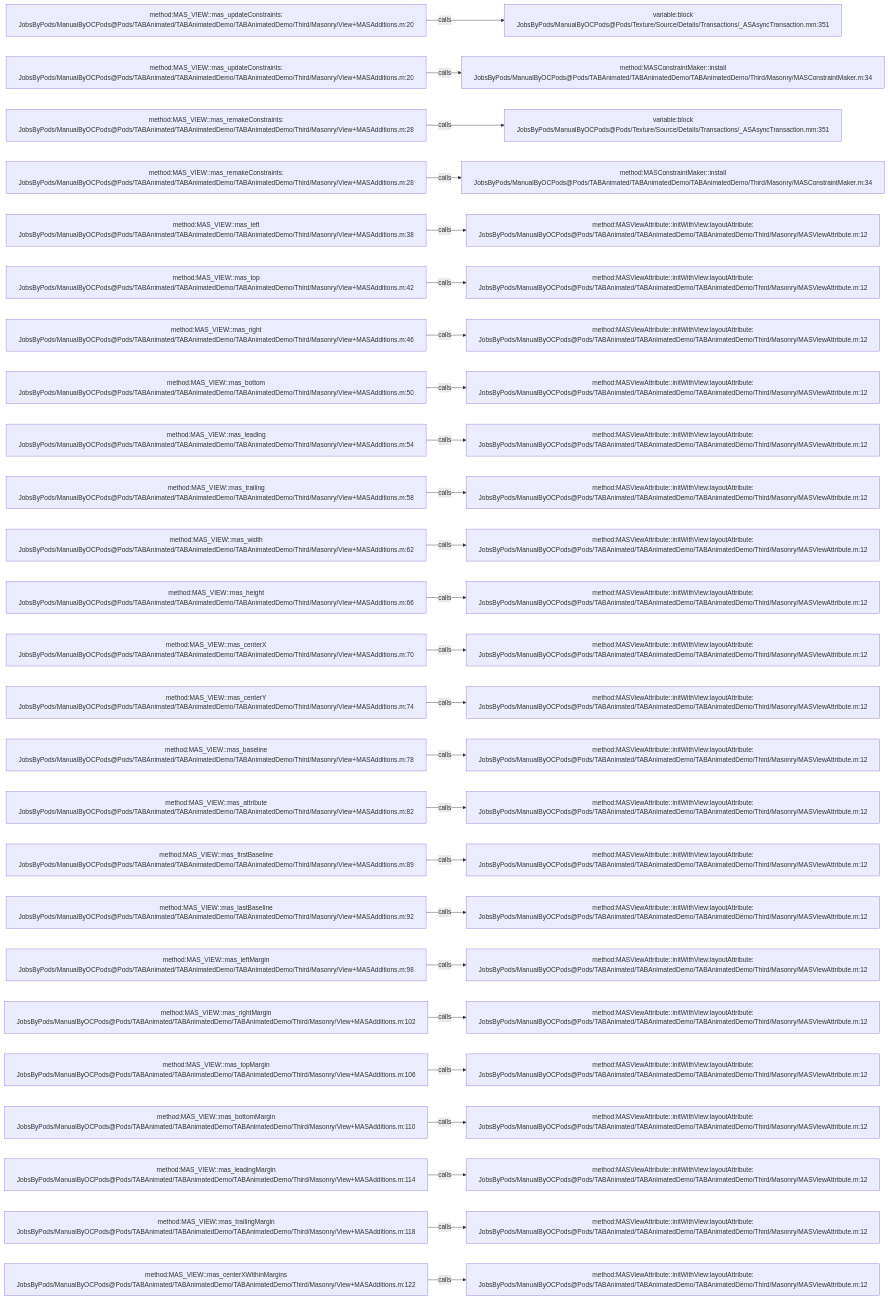
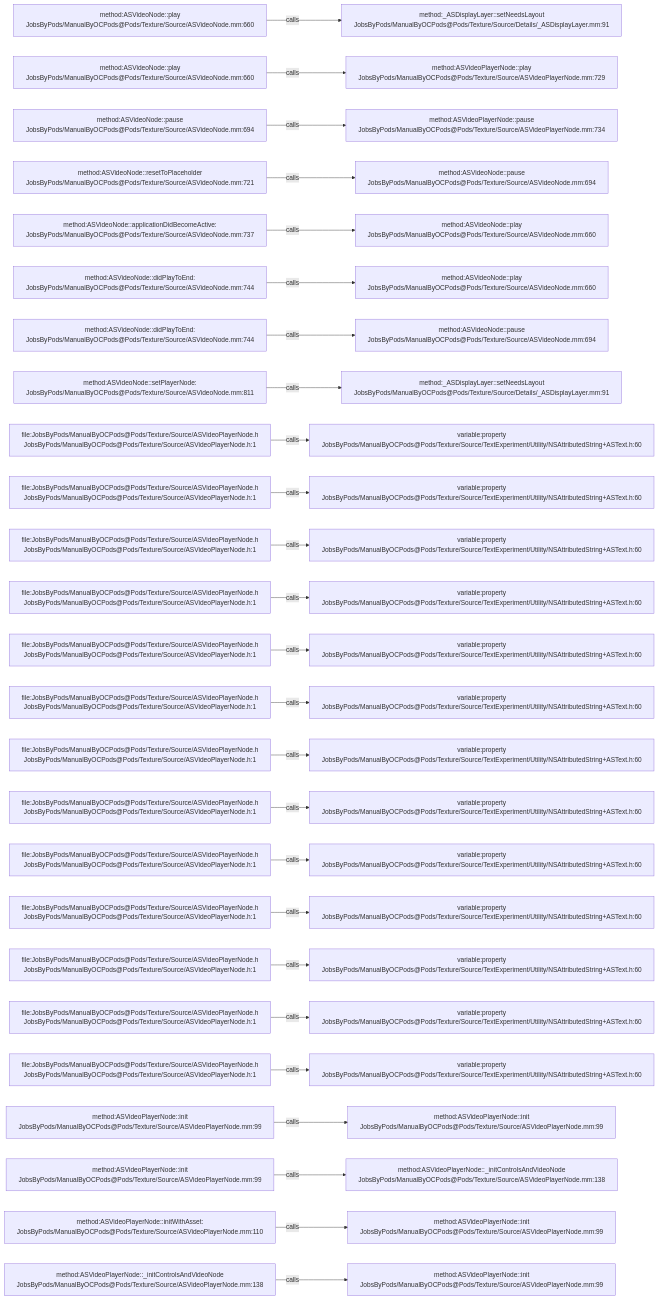
Before and after one commit to JobsKits/JobsOCBaseConfigDemo: the diagram in .codegraph/codegraph.md/graphs/calls-152.md, drawn with Mermaid. The commit also changed 2162 other files, not shown here.

````diff
--- a/.codegraph/codegraph.md/graphs/calls-152.md
+++ b/.codegraph/codegraph.md/graphs/calls-152.md
@@ -13,78 +13,78 @@
 ```mermaid
 flowchart LR
-  S1["method:MAS_VIEW::mas_updateConstraints:<br/>JobsByPods/ManualByOCPods@Pods/TABAnimated/TABAnimatedDemo/TABAnimatedDemo/Third/Masonry/View+MASAdditions.m:20"]
-  T1["variable:block<br/>JobsByPods/ManualByOCPods@Pods/Texture/Source/Details/Transactions/_ASAsyncTransaction.mm:351"]
+  S1["method:ASVideoNode::play<br/>JobsByPods/ManualByOCPods@Pods/Texture/Source/ASVideoNode.mm:660"]
+  T1["method:_ASDisplayLayer::setNeedsLayout<br/>JobsByPods/ManualByOCPods@Pods/Texture/Source/Details/_ASDisplayLayer.mm:91"]
   S1 -->|calls| T1
-  S2["method:MAS_VIEW::mas_updateConstraints:<br/>JobsByPods/ManualByOCPods@Pods/TABAnimated/TABAnimatedDemo/TABAnimatedDemo/Third/Masonry/View+MASAdditions.m:20"]
-  T2["method:MASConstraintMaker::install<br/>JobsByPods/ManualByOCPods@Pods/TABAnimated/TABAnimatedDemo/TABAnimatedDemo/Third/Masonry/MASConstraintMaker.m:34"]
+  S2["method:ASVideoNode::play<br/>JobsByPods/ManualByOCPods@Pods/Texture/Source/ASVideoNode.mm:660"]
+  T2["method:ASVideoPlayerNode::play<br/>JobsByPods/ManualByOCPods@Pods/Texture/Source/ASVideoPlayerNode.mm:729"]
   S2 -->|calls| T2
-  S3["method:MAS_VIEW::mas_remakeConstraints:<br/>JobsByPods/ManualByOCPods@Pods/TABAnimated/TABAnimatedDemo/TABAnimatedDemo/Third/Masonry/View+MASAdditions.m:28"]
-  T3["variable:block<br/>JobsByPods/ManualByOCPods@Pods/Texture/Source/Details/Transactions/_ASAsyncTransaction.mm:351"]
+  S3["method:ASVideoNode::pause<br/>JobsByPods/ManualByOCPods@Pods/Texture/Source/ASVideoNode.mm:694"]
+  T3["method:ASVideoPlayerNode::pause<br/>JobsByPods/ManualByOCPods@Pods/Texture/Source/ASVideoPlayerNode.mm:734"]
   S3 -->|calls| T3
-  S4["method:MAS_VIEW::mas_remakeConstraints:<br/>JobsByPods/ManualByOCPods@Pods/TABAnimated/TABAnimatedDemo/TABAnimatedDemo/Third/Masonry/View+MASAdditions.m:28"]
-  T4["method:MASConstraintMaker::install<br/>JobsByPods/ManualByOCPods@Pods/TABAnimated/TABAnimatedDemo/TABAnimatedDemo/Third/Masonry/MASConstraintMaker.m:34"]
+  S4["method:ASVideoNode::resetToPlaceholder<br/>JobsByPods/ManualByOCPods@Pods/Texture/Source/ASVideoNode.mm:721"]
+  T4["method:ASVideoNode::pause<br/>JobsByPods/ManualByOCPods@Pods/Texture/Source/ASVideoNode.mm:694"]
   S4 -->|calls| T4
-  S5["method:MAS_VIEW::mas_left<br/>JobsByPods/ManualByOCPods@Pods/TABAnimated/TABAnimatedDemo/TABAnimatedDemo/Third/Masonry/View+MASAdditions.m:38"]
-  T5["method:MASViewAttribute::initWithView:layoutAttribute:<br/>JobsByPods/ManualByOCPods@Pods/TABAnimated/TABAnimatedDemo/TABAnimatedDemo/Third/Masonry/MASViewAttribute.m:12"]
+  S5["method:ASVideoNode::applicationDidBecomeActive:<br/>JobsByPods/ManualByOCPods@Pods/Texture/Source/ASVideoNode.mm:737"]
+  T5["method:ASVideoNode::play<br/>JobsByPods/ManualByOCPods@Pods/Texture/Source/ASVideoNode.mm:660"]
   S5 -->|calls| T5
-  S6["method:MAS_VIEW::mas_top<br/>JobsByPods/ManualByOCPods@Pods/TABAnimated/TABAnimatedDemo/TABAnimatedDemo/Third/Masonry/View+MASAdditions.m:42"]
-  T6["method:MASViewAttribute::initWithView:layoutAttribute:<br/>JobsByPods/ManualByOCPods@Pods/TABAnimated/TABAnimatedDemo/TABAnimatedDemo/Third/Masonry/MASViewAttribute.m:12"]
+  S6["method:ASVideoNode::didPlayToEnd:<br/>JobsByPods/ManualByOCPods@Pods/Texture/Source/ASVideoNode.mm:744"]
+  T6["method:ASVideoNode::play<br/>JobsByPods/ManualByOCPods@Pods/Texture/Source/ASVideoNode.mm:660"]
   S6 -->|calls| T6
-  S7["method:MAS_VIEW::mas_right<br/>JobsByPods/ManualByOCPods@Pods/TABAnimated/TABAnimatedDemo/TABAnimatedDemo/Third/Masonry/View+MASAdditions.m:46"]
-  T7["method:MASViewAttribute::initWithView:layoutAttribute:<br/>JobsByPods/ManualByOCPods@Pods/TABAnimated/TABAnimatedDemo/TABAnimatedDemo/Third/Masonry/MASViewAttribute.m:12"]
+  S7["method:ASVideoNode::didPlayToEnd:<br/>JobsByPods/ManualByOCPods@Pods/Texture/Source/ASVideoNode.mm:744"]
+  T7["method:ASVideoNode::pause<br/>JobsByPods/ManualByOCPods@Pods/Texture/Source/ASVideoNode.mm:694"]
   S7 -->|calls| T7
-  S8["method:MAS_VIEW::mas_bottom<br/>JobsByPods/ManualByOCPods@Pods/TABAnimated/TABAnimatedDemo/TABAnimatedDemo/Third/Masonry/View+MASAdditions.m:50"]
-  T8["method:MASViewAttribute::initWithView:layoutAttribute:<br/>JobsByPods/ManualByOCPods@Pods/TABAnimated/TABAnimatedDemo/TABAnimatedDemo/Third/Masonry/MASViewAttribute.m:12"]
+  S8["method:ASVideoNode::setPlayerNode:<br/>JobsByPods/ManualByOCPods@Pods/Texture/Source/ASVideoNode.mm:811"]
+  T8["method:_ASDisplayLayer::setNeedsLayout<br/>JobsByPods/ManualByOCPods@Pods/Texture/Source/Details/_ASDisplayLayer.mm:91"]
   S8 -->|calls| T8
-  S9["method:MAS_VIEW::mas_leading<br/>JobsByPods/ManualByOCPods@Pods/TABAnimated/TABAnimatedDemo/TABAnimatedDemo/Third/Masonry/View+MASAdditions.m:54"]
-  T9["method:MASViewAttribute::initWithView:layoutAttribute:<br/>JobsByPods/ManualByOCPods@Pods/TABAnimated/TABAnimatedDemo/TABAnimatedDemo/Third/Masonry/MASViewAttribute.m:12"]
+  S9["file:JobsByPods/ManualByOCPods@Pods/Texture/Source/ASVideoPlayerNode.h<br/>JobsByPods/ManualByOCPods@Pods/Texture/Source/ASVideoPlayerNode.h:1"]
+  T9["variable:property<br/>JobsByPods/ManualByOCPods@Pods/Texture/Source/TextExperiment/Utility/NSAttributedString+ASText.h:60"]
   S9 -->|calls| T9
-  S10["method:MAS_VIEW::mas_trailing<br/>JobsByPods/ManualByOCPods@Pods/TABAnimated/TABAnimatedDemo/TABAnimatedDemo/Third/Masonry/View+MASAdditions.m:58"]
-  T10["method:MASViewAttribute::initWithView:layoutAttribute:<br/>JobsByPods/ManualByOCPods@Pods/TABAnimated/TABAnimatedDemo/TABAnimatedDemo/Third/Masonry/MASViewAttribute.m:12"]
+  S10["file:JobsByPods/ManualByOCPods@Pods/Texture/Source/ASVideoPlayerNode.h<br/>JobsByPods/ManualByOCPods@Pods/Texture/Source/ASVideoPlayerNode.h:1"]
+  T10["variable:property<br/>JobsByPods/ManualByOCPods@Pods/Texture/Source/TextExperiment/Utility/NSAttributedString+ASText.h:60"]
   S10 -->|calls| T10
-  S11["method:MAS_VIEW::mas_width<br/>JobsByPods/ManualByOCPods@Pods/TABAnimated/TABAnimatedDemo/TABAnimatedDemo/Third/Masonry/View+MASAdditions.m:62"]
-  T11["method:MASViewAttribute::initWithView:layoutAttribute:<br/>JobsByPods/ManualByOCPods@Pods/TABAnimated/TABAnimatedDemo/TABAnimatedDemo/Third/Masonry/MASViewAttribute.m:12"]
+  S11["file:JobsByPods/ManualByOCPods@Pods/Texture/Source/ASVideoPlayerNode.h<br/>JobsByPods/ManualByOCPods@Pods/Texture/Source/ASVideoPlayerNode.h:1"]
+  T11["variable:property<br/>JobsByPods/ManualByOCPods@Pods/Texture/Source/TextExperiment/Utility/NSAttributedString+ASText.h:60"]
   S11 -->|calls| T11
-  S12["method:MAS_VIEW::mas_height<br/>JobsByPods/ManualByOCPods@Pods/TABAnimated/TABAnimatedDemo/TABAnimatedDemo/Third/Masonry/View+MASAdditions.m:66"]
-  T12["method:MASViewAttribute::initWithView:layoutAttribute:<br/>JobsByPods/ManualByOCPods@Pods/TABAnimated/TABAnimatedDemo/TABAnimatedDemo/Third/Masonry/MASViewAttribute.m:12"]
+  S12["file:JobsByPods/ManualByOCPods@Pods/Texture/Source/ASVideoPlayerNode.h<br/>JobsByPods/ManualByOCPods@Pods/Texture/Source/ASVideoPlayerNode.h:1"]
+  T12["variable:property<br/>JobsByPods/ManualByOCPods@Pods/Texture/Source/TextExperiment/Utility/NSAttributedString+ASText.h:60"]
   S12 -->|calls| T12
-  S13["method:MAS_VIEW::mas_centerX<br/>JobsByPods/ManualByOCPods@Pods/TABAnimated/TABAnimatedDemo/TABAnimatedDemo/Third/Masonry/View+MASAdditions.m:70"]
-  T13["method:MASViewAttribute::initWithView:layoutAttribute:<br/>JobsByPods/ManualByOCPods@Pods/TABAnimated/TABAnimatedDemo/TABAnimatedDemo/Third/Masonry/MASViewAttribute.m:12"]
+  S13["file:JobsByPods/ManualByOCPods@Pods/Texture/Source/ASVideoPlayerNode.h<br/>JobsByPods/ManualByOCPods@Pods/Texture/Source/ASVideoPlayerNode.h:1"]
+  T13["variable:property<br/>JobsByPods/ManualByOCPods@Pods/Texture/Source/TextExperiment/Utility/NSAttributedString+ASText.h:60"]
   S13 -->|calls| T13
-  S14["method:MAS_VIEW::mas_centerY<br/>JobsByPods/ManualByOCPods@Pods/TABAnimated/TABAnimatedDemo/TABAnimatedDemo/Third/Masonry/View+MASAdditions.m:74"]
-  T14["method:MASViewAttribute::initWithView:layoutAttribute:<br/>JobsByPods/ManualByOCPods@Pods/TABAnimated/TABAnimatedDemo/TABAnimatedDemo/Third/Masonry/MASViewAttribute.m:12"]
+  S14["file:JobsByPods/ManualByOCPods@Pods/Texture/Source/ASVideoPlayerNode.h<br/>JobsByPods/ManualByOCPods@Pods/Texture/Source/ASVideoPlayerNode.h:1"]
+  T14["variable:property<br/>JobsByPods/ManualByOCPods@Pods/Texture/Source/TextExperiment/Utility/NSAttributedString+ASText.h:60"]
   S14 -->|calls| T14
-  S15["method:MAS_VIEW::mas_baseline<br/>JobsByPods/ManualByOCPods@Pods/TABAnimated/TABAnimatedDemo/TABAnimatedDemo/Third/Masonry/View+MASAdditions.m:78"]
-  T15["method:MASViewAttribute::initWithView:layoutAttribute:<br/>JobsByPods/ManualByOCPods@Pods/TABAnimated/TABAnimatedDemo/TABAnimatedDemo/Third/Masonry/MASViewAttribute.m:12"]
+  S15["file:JobsByPods/ManualByOCPods@Pods/Texture/Source/ASVideoPlayerNode.h<br/>JobsByPods/ManualByOCPods@Pods/Texture/Source/ASVideoPlayerNode.h:1"]
+  T15["variable:property<br/>JobsByPods/ManualByOCPods@Pods/Texture/Source/TextExperiment/Utility/NSAttributedString+ASText.h:60"]
   S15 -->|calls| T15
-  S16["method:MAS_VIEW::mas_attribute<br/>JobsByPods/ManualByOCPods@Pods/TABAnimated/TABAnimatedDemo/TABAnimatedDemo/Third/Masonry/View+MASAdditions.m:82"]
-  T16["method:MASViewAttribute::initWithView:layoutAttribute:<br/>JobsByPods/ManualByOCPods@Pods/TABAnimated/TABAnimatedDemo/TABAnimatedDemo/Third/Masonry/MASViewAttribute.m:12"]
+  S16["file:JobsByPods/ManualByOCPods@Pods/Texture/Source/ASVideoPlayerNode.h<br/>JobsByPods/ManualByOCPods@Pods/Texture/Source/ASVideoPlayerNode.h:1"]
+  T16["variable:property<br/>JobsByPods/ManualByOCPods@Pods/Texture/Source/TextExperiment/Utility/NSAttributedString+ASText.h:60"]
   S16 -->|calls| T16
-  S17["method:MAS_VIEW::mas_firstBaseline<br/>JobsByPods/ManualByOCPods@Pods/TABAnimated/TABAnimatedDemo/TABAnimatedDemo/Third/Masonry/View+MASAdditions.m:89"]
-  T17["method:MASViewAttribute::initWithView:layoutAttribute:<br/>JobsByPods/ManualByOCPods@Pods/TABAnimated/TABAnimatedDemo/TABAnimatedDemo/Third/Masonry/MASViewAttribute.m:12"]
+  S17["file:JobsByPods/ManualByOCPods@Pods/Texture/Source/ASVideoPlayerNode.h<br/>JobsByPods/ManualByOCPods@Pods/Texture/Source/ASVideoPlayerNode.h:1"]
+  T17["variable:property<br/>JobsByPods/ManualByOCPods@Pods/Texture/Source/TextExperiment/Utility/NSAttributedString+ASText.h:60"]
   S17 -->|calls| T17
-  S18["method:MAS_VIEW::mas_lastBaseline<br/>JobsByPods/ManualByOCPods@Pods/TABAnimated/TABAnimatedDemo/TABAnimatedDemo/Third/Masonry/View+MASAdditions.m:92"]
-  T18["method:MASViewAttribute::initWithView:layoutAttribute:<br/>JobsByPods/ManualByOCPods@Pods/TABAnimated/TABAnimatedDemo/TABAnimatedDemo/Third/Masonry/MASViewAttribute.m:12"]
+  S18["file:JobsByPods/ManualByOCPods@Pods/Texture/Source/ASVideoPlayerNode.h<br/>JobsByPods/ManualByOCPods@Pods/Texture/Source/ASVideoPlayerNode.h:1"]
+  T18["variable:property<br/>JobsByPods/ManualByOCPods@Pods/Texture/Source/TextExperiment/Utility/NSAttributedString+ASText.h:60"]
   S18 -->|calls| T18
-  S19["method:MAS_VIEW::mas_leftMargin<br/>JobsByPods/ManualByOCPods@Pods/TABAnimated/TABAnimatedDemo/TABAnimatedDemo/Third/Masonry/View+MASAdditions.m:98"]
-  T19["method:MASViewAttribute::initWithView:layoutAttribute:<br/>JobsByPods/ManualByOCPods@Pods/TABAnimated/TABAnimatedDemo/TABAnimatedDemo/Third/Masonry/MASViewAttribute.m:12"]
+  S19["file:JobsByPods/ManualByOCPods@Pods/Texture/Source/ASVideoPlayerNode.h<br/>JobsByPods/ManualByOCPods@Pods/Texture/Source/ASVideoPlayerNode.h:1"]
+  T19["variable:property<br/>JobsByPods/ManualByOCPods@Pods/Texture/Source/TextExperiment/Utility/NSAttributedString+ASText.h:60"]
   S19 -->|calls| T19
-  S20["method:MAS_VIEW::mas_rightMargin<br/>JobsByPods/ManualByOCPods@Pods/TABAnimated/TABAnimatedDemo/TABAnimatedDemo/Third/Masonry/View+MASAdditions.m:102"]
-  T20["method:MASViewAttribute::initWithView:layoutAttribute:<br/>JobsByPods/ManualByOCPods@Pods/TABAnimated/TABAnimatedDemo/TABAnimatedDemo/Third/Masonry/MASViewAttribute.m:12"]
+  S20["file:JobsByPods/ManualByOCPods@Pods/Texture/Source/ASVideoPlayerNode.h<br/>JobsByPods/ManualByOCPods@Pods/Texture/Source/ASVideoPlayerNode.h:1"]
+  T20["variable:property<br/>JobsByPods/ManualByOCPods@Pods/Texture/Source/TextExperiment/Utility/NSAttributedString+ASText.h:60"]
   S20 -->|calls| T20
-  S21["method:MAS_VIEW::mas_topMargin<br/>JobsByPods/ManualByOCPods@Pods/TABAnimated/TABAnimatedDemo/TABAnimatedDemo/Third/Masonry/View+MASAdditions.m:106"]
-  T21["method:MASViewAttribute::initWithView:layoutAttribute:<br/>JobsByPods/ManualByOCPods@Pods/TABAnimated/TABAnimatedDemo/TABAnimatedDemo/Third/Masonry/MASViewAttribute.m:12"]
+  S21["file:JobsByPods/ManualByOCPods@Pods/Texture/Source/ASVideoPlayerNode.h<br/>JobsByPods/ManualByOCPods@Pods/Texture/Source/ASVideoPlayerNode.h:1"]
+  T21["variable:property<br/>JobsByPods/ManualByOCPods@Pods/Texture/Source/TextExperiment/Utility/NSAttributedString+ASText.h:60"]
   S21 -->|calls| T21
-  S22["method:MAS_VIEW::mas_bottomMargin<br/>JobsByPods/ManualByOCPods@Pods/TABAnimated/TABAnimatedDemo/TABAnimatedDemo/Third/Masonry/View+MASAdditions.m:110"]
-  T22["method:MASViewAttribute::initWithView:layoutAttribute:<br/>JobsByPods/ManualByOCPods@Pods/TABAnimated/TABAnimatedDemo/TABAnimatedDemo/Third/Masonry/MASViewAttribute.m:12"]
+  S22["method:ASVideoPlayerNode::init<br/>JobsByPods/ManualByOCPods@Pods/Texture/Source/ASVideoPlayerNode.mm:99"]
+  T22["method:ASVideoPlayerNode::init<br/>JobsByPods/ManualByOCPods@Pods/Texture/Source/ASVideoPlayerNode.mm:99"]
   S22 -->|calls| T22
-  S23["method:MAS_VIEW::mas_leadingMargin<br/>JobsByPods/ManualByOCPods@Pods/TABAnimated/TABAnimatedDemo/TABAnimatedDemo/Third/Masonry/View+MASAdditions.m:114"]
-  T23["method:MASViewAttribute::initWithView:layoutAttribute:<br/>JobsByPods/ManualByOCPods@Pods/TABAnimated/TABAnimatedDemo/TABAnimatedDemo/Third/Masonry/MASViewAttribute.m:12"]
+  S23["method:ASVideoPlayerNode::init<br/>JobsByPods/ManualByOCPods@Pods/Texture/Source/ASVideoPlayerNode.mm:99"]
+  T23["method:ASVideoPlayerNode::_initControlsAndVideoNode<br/>JobsByPods/ManualByOCPods@Pods/Texture/Source/ASVideoPlayerNode.mm:138"]
   S23 -->|calls| T23
-  S24["method:MAS_VIEW::mas_trailingMargin<br/>JobsByPods/ManualByOCPods@Pods/TABAnimated/TABAnimatedDemo/TABAnimatedDemo/Third/Masonry/View+MASAdditions.m:118"]
-  T24["method:MASViewAttribute::initWithView:layoutAttribute:<br/>JobsByPods/ManualByOCPods@Pods/TABAnimated/TABAnimatedDemo/TABAnimatedDemo/Third/Masonry/MASViewAttribute.m:12"]
+  S24["method:ASVideoPlayerNode::initWithAsset:<br/>JobsByPods/ManualByOCPods@Pods/Texture/Source/ASVideoPlayerNode.mm:110"]
+  T24["method:ASVideoPlayerNode::init<br/>JobsByPods/ManualByOCPods@Pods/Texture/Source/ASVideoPlayerNode.mm:99"]
   S24 -->|calls| T24
-  S25["method:MAS_VIEW::mas_centerXWithinMargins<br/>JobsByPods/ManualByOCPods@Pods/TABAnimated/TABAnimatedDemo/TABAnimatedDemo/Third/Masonry/View+MASAdditions.m:122"]
-  T25["method:MASViewAttribute::initWithView:layoutAttribute:<br/>JobsByPods/ManualByOCPods@Pods/TABAnimated/TABAnimatedDemo/TABAnimatedDemo/Third/Masonry/MASViewAttribute.m:12"]
+  S25["method:ASVideoPlayerNode::_initControlsAndVideoNode<br/>JobsByPods/ManualByOCPods@Pods/Texture/Source/ASVideoPlayerNode.mm:138"]
+  T25["method:ASVideoPlayerNode::init<br/>JobsByPods/ManualByOCPods@Pods/Texture/Source/ASVideoPlayerNode.mm:99"]
   S25 -->|calls| T25
 ```
````
